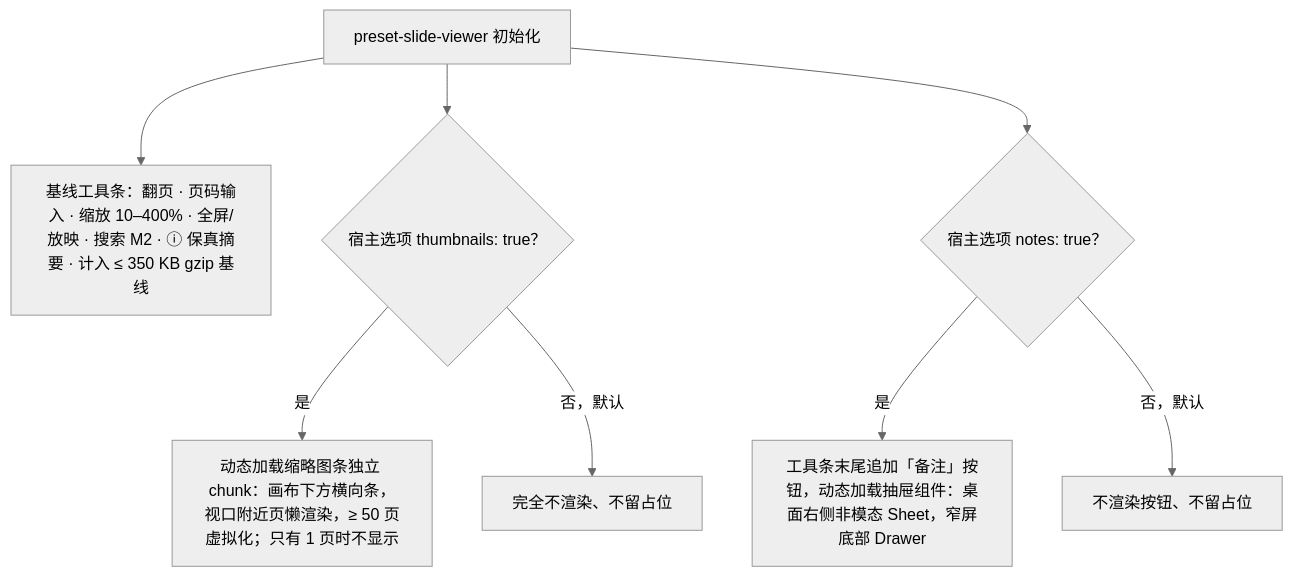
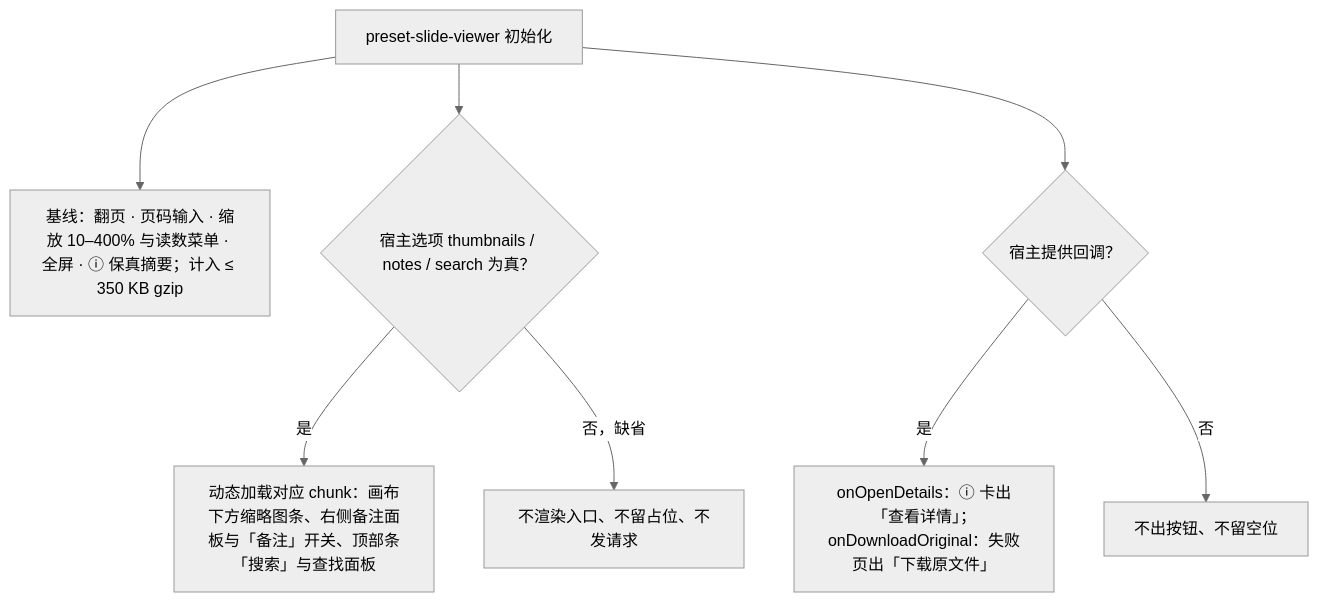
One commit to Xeonice/cordis-ppt-editor changed the first of 2 diagrams in docs/20-design/03-screens/25-viewer-preset-shell.md. Above: the diagram before and after it, drawn with Mermaid (neutral theme). The commit also changed other lines of this file and 44 other files, not shown here.

````diff
--- a/docs/20-design/03-screens/25-viewer-preset-shell.md
+++ b/docs/20-design/03-screens/25-viewer-preset-shell.md
@@ -29,18 +89,18 @@
 ```mermaid
 flowchart TB
   init["preset-slide-viewer 初始化"]
-  base["基线工具条：翻页 · 页码输入 · 缩放 10–400% · 全屏/放映 · 搜索 M2 · ⓘ 保真摘要 · 计入 ≤ 350 KB gzip 基线"]
-  tOpt{"宿主选项 thumbnails: true？"}
-  tOn["动态加载缩略图条独立 chunk：画布下方横向条，视口附近页懒渲染，≥ 50 页虚拟化；只有 1 页时不显示"]
-  tOff["完全不渲染、不留占位"]
-  nOpt{"宿主选项 notes: true？"}
-  nOn["工具条末尾追加「备注」按钮，动态加载抽屉组件：桌面右侧非模态 Sheet，窄屏底部 Drawer"]
-  nOff["不渲染按钮、不留占位"]
+  base["基线：翻页 · 页码输入 · 缩放 10–400% 与读数菜单 · 全屏 · ⓘ 保真摘要；计入 ≤ 350 KB gzip"]
+  lazyOpt{"宿主选项 thumbnails / notes / search 为真？"}
+  lazyOn["动态加载对应 chunk：画布下方缩略图条、右侧备注面板与「备注」开关、顶部条「搜索」与查找面板"]
+  lazyOff["不渲染入口、不留占位、不发请求"]
+  cbOpt{"宿主提供回调？"}
+  cbOn["onOpenDetails：ⓘ 卡出「查看详情」；onDownloadOriginal：失败页出「下载原文件」"]
+  cbOff["不出按钮、不留空位"]
   init --> base
-  init --> tOpt
-  tOpt -->|"是"| tOn
-  tOpt -->|"否，默认"| tOff
-  init --> nOpt
-  nOpt -->|"是"| nOn
-  nOpt -->|"否，默认"| nOff
+  init --> lazyOpt
+  lazyOpt -->|"是"| lazyOn
+  lazyOpt -->|"否，缺省"| lazyOff
+  init --> cbOpt
+  cbOpt -->|"是"| cbOn
+  cbOpt -->|"否"| cbOff
 ```
````
